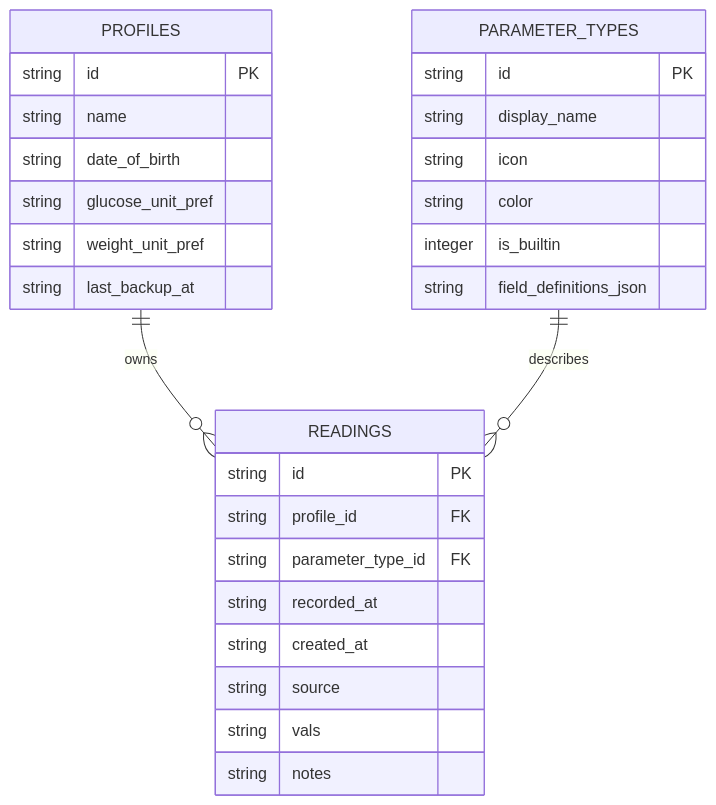
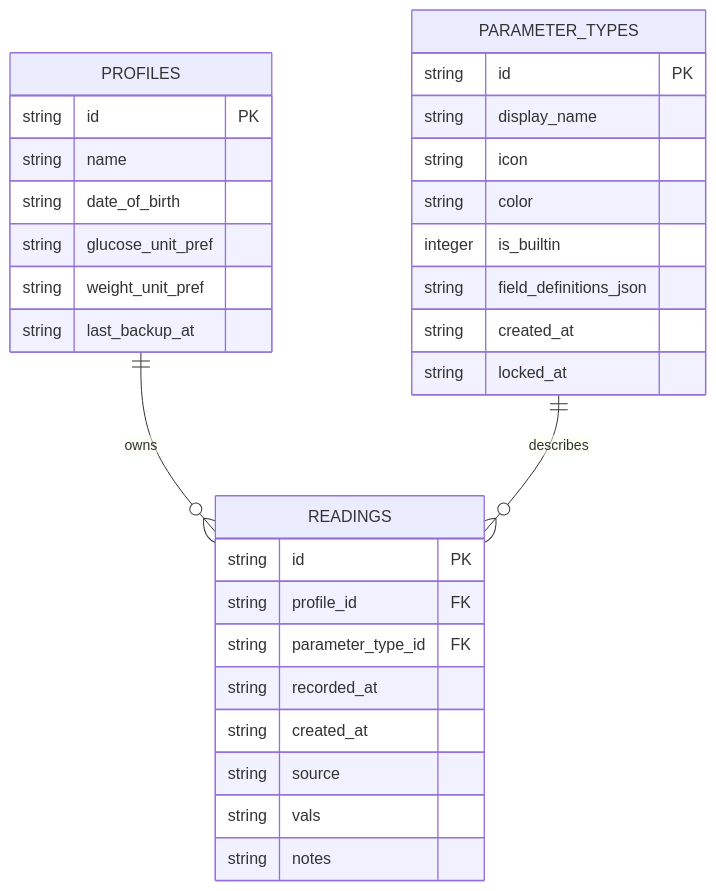
The fourth of 10 diagrams in docs/TECHNICAL-DESIGN.md (neetuaks/Health-Diary), drawn with Mermaid before and after one commit. The commit also changed other lines of this file, not shown here.

````diff
--- a/docs/TECHNICAL-DESIGN.md
+++ b/docs/TECHNICAL-DESIGN.md
@@ -142,32 +157,34 @@
 ```mermaid
 erDiagram
     PROFILES ||--o{ READINGS : owns
     PARAMETER_TYPES ||--o{ READINGS : describes
 
     PROFILES {
         string id PK
         string name
         string date_of_birth
         string glucose_unit_pref
         string weight_unit_pref
         string last_backup_at
     }
     PARAMETER_TYPES {
         string id PK
         string display_name
         string icon
         string color
         integer is_builtin
         string field_definitions_json
+        string created_at
+        string locked_at
     }
     READINGS {
         string id PK
         string profile_id FK
         string parameter_type_id FK
         string recorded_at
         string created_at
         string source
         string vals
         string notes
     }
 ```
````
